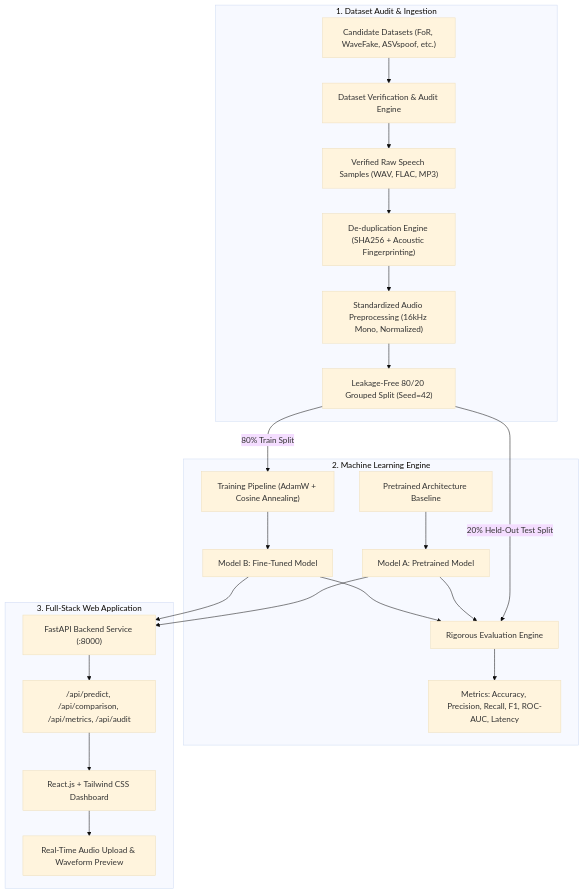
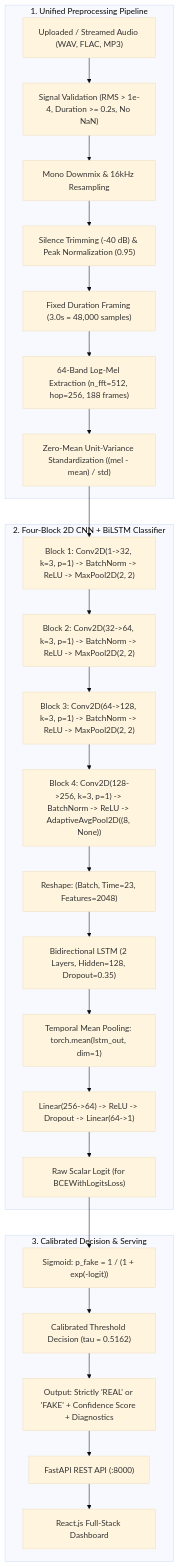
The diagram in README.md (Niriksha12-mpm/voice_impersonation_detection), drawn with Mermaid (base theme) before and after one commit. The commit also changed other lines of this file and 23 other files, not shown here.

Commit message:
feat: complete fine-tuning and debugging of Four-Block 2D CNN Spectrogram Classifier (+23.07 pp test accuracy gain)

````diff
--- a/README.md
+++ b/README.md
@@ -11,28 +13,31 @@
 ```mermaid
 flowchart TD
-    subgraph DataIngestion["1. Dataset Audit & Ingestion"]
-        A1["Candidate Datasets (FoR, WaveFake, ASVspoof, etc.)"] --> A2["Dataset Verification & Audit Engine"]
-        A2 --> A3["Verified Raw Speech Samples (WAV, FLAC, MP3)"]
-        A3 --> A4["De-duplication Engine (SHA256 + Acoustic Fingerprinting)"]
-        A4 --> A5["Standardized Audio Preprocessing (16kHz Mono, Normalized)"]
-        A5 --> A6["Leakage-Free 80/20 Grouped Split (Seed=42)"]
+    subgraph Preprocessing["1. Unified Preprocessing Pipeline"]
+        A1["Uploaded / Streamed Audio (WAV, FLAC, MP3)"] --> A2["Signal Validation (RMS > 1e-4, Duration >= 0.2s, No NaN)"]
+        A2 --> A3["Mono Downmix & 16kHz Resampling"]
+        A3 --> A4["Silence Trimming (-40 dB) & Peak Normalization (0.95)"]
+        A4 --> A5["Fixed Duration Framing (3.0s = 48,000 samples)"]
+        A5 --> A6["64-Band Log-Mel Extraction (n_fft=512, hop=256, 188 frames)"]
+        A6 --> A7["Zero-Mean Unit-Variance Standardization ((mel - mean) / std)"]
     end
 
-    subgraph ModelingEngine["2. Machine Learning Engine"]
-        A6 -->|80% Train Split| M_Train["Training Pipeline (AdamW + Cosine Annealing)"]
-        M_Train --> ModelB["Model B: Fine-Tuned Model"]
-        M_Base["Pretrained Architecture Baseline"] --> ModelA["Model A: Pretrained Model"]
-        
-        A6 -->|20% Held-Out Test Split| Eval["Rigorous Evaluation Engine"]
-        ModelA --> Eval
-        ModelB --> Eval
-        Eval --> Metrics["Metrics: Accuracy, Precision, Recall, F1, ROC-AUC, Latency"]
+    subgraph PrimaryModel["2. Four-Block 2D CNN + BiLSTM Classifier"]
+        A7 --> Block1["Block 1: Conv2D(1->32, k=3, p=1) -> BatchNorm -> ReLU -> MaxPool2D(2, 2)"]
+        Block1 --> Block2["Block 2: Conv2D(32->64, k=3, p=1) -> BatchNorm -> ReLU -> MaxPool2D(2, 2)"]
+        Block2 --> Block3["Block 3: Conv2D(64->128, k=3, p=1) -> BatchNorm -> ReLU -> MaxPool2D(2, 2)"]
+        Block3 --> Block4["Block 4: Conv2D(128->256, k=3, p=1) -> BatchNorm -> ReLU -> AdaptiveAvgPool2D((8, None))"]
+        Block4 --> Reshape["Reshape: (Batch, Time=23, Features=2048)"]
+        Reshape --> BiLSTM["Bidirectional LSTM (2 Layers, Hidden=128, Dropout=0.35)"]
+        BiLSTM --> TimePool["Temporal Mean Pooling: torch.mean(lstm_out, dim=1)"]
+        TimePool --> FC["Linear(256->64) -> ReLU -> Dropout -> Linear(64->1)"]
+        FC --> RawLogit["Raw Scalar Logit (for BCEWithLogitsLoss)"]
     end
 
-    subgraph Serving["3. Full-Stack Web Application"]
-        ModelA & ModelB --> FastAPIServer["FastAPI Backend Service (:8000)"]
-        FastAPIServer --> InferenceAPI["/api/predict, /api/comparison, /api/metrics, /api/audit"]
-        InferenceAPI --> ReactUI["React.js + Tailwind CSS Dashboard"]
-        ReactUI --> UserUpload["Real-Time Audio Upload & Waveform Preview"]
+    subgraph Decision["3. Calibrated Decision & Serving"]
+        RawLogit --> Sigmoid["Sigmoid: p_fake = 1 / (1 + exp(-logit))"]
+        Sigmoid --> Threshold["Calibrated Threshold Decision (tau = 0.5162)"]
+        Threshold --> Output["Output: Strictly 'REAL' or 'FAKE' + Confidence Score + Diagnostics"]
+        Output --> FastAPI["FastAPI REST API (:8000)"]
+        FastAPI --> WebApp["React.js Full-Stack Dashboard"]
     end
 ```
````
